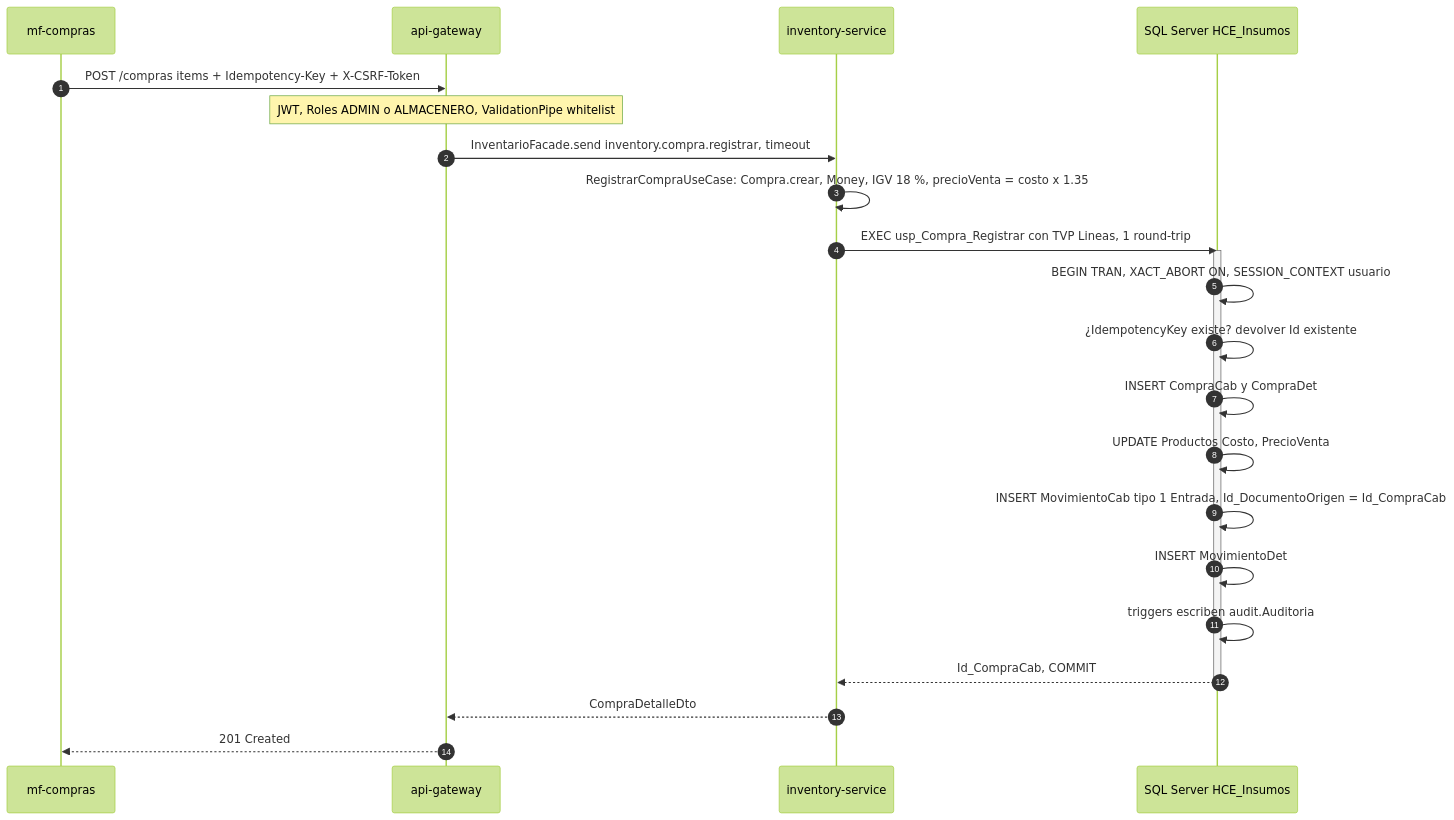
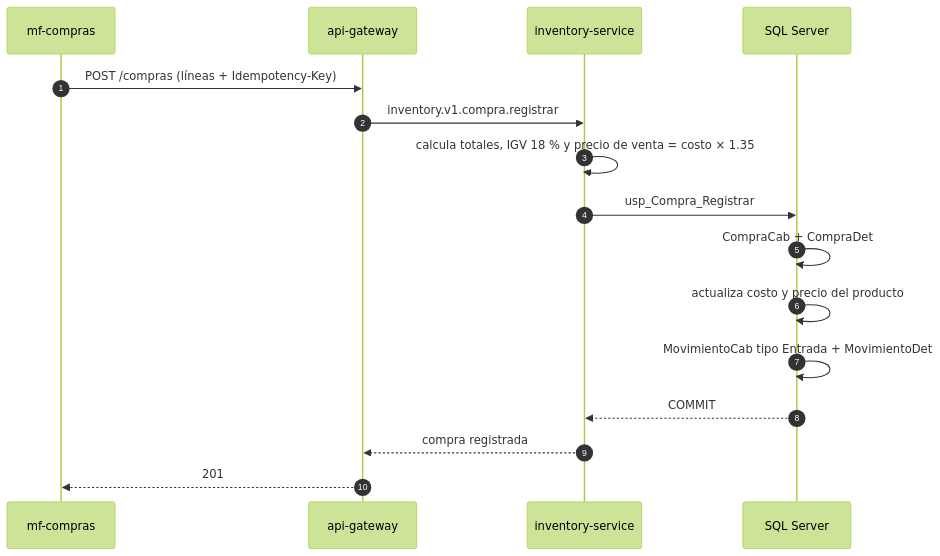
The sixth of 9 diagrams in docs/ARQUITECTURA.md (Hades0413/hce-insumos-platform), drawn with Mermaid (forest theme) before and after one commit. The commit also changed other lines of this file and 419 other files, not shown here.

````diff
--- a/docs/ARQUITECTURA.md
+++ b/docs/ARQUITECTURA.md
@@ -228,25 +418,18 @@
 ```mermaid
 sequenceDiagram
   autonumber
   participant F as mf-compras
   participant G as api-gateway
   participant I as inventory-service
-  participant D as SQL Server HCE_Insumos
-  F->>G: POST /compras items + Idempotency-Key + X-CSRF-Token
-  Note over G: JWT, Roles ADMIN o ALMACENERO, ValidationPipe whitelist
-  G->>I: InventarioFacade.send inventory.compra.registrar, timeout
-  I->>I: RegistrarCompraUseCase: Compra.crear, Money, IGV 18 %, precioVenta = costo x 1.35
-  I->>D: EXEC usp_Compra_Registrar con TVP Lineas, 1 round-trip
-  activate D
-  D->>D: BEGIN TRAN, XACT_ABORT ON, SESSION_CONTEXT usuario
-  D->>D: ¿IdempotencyKey existe? devolver Id existente
-  D->>D: INSERT CompraCab y CompraDet
-  D->>D: UPDATE Productos Costo, PrecioVenta
-  D->>D: INSERT MovimientoCab tipo 1 Entrada, Id_DocumentoOrigen = Id_CompraCab
-  D->>D: INSERT MovimientoDet
-  D->>D: triggers escriben audit.Auditoria
-  D-->>I: Id_CompraCab, COMMIT
-  deactivate D
-  I-->>G: CompraDetalleDto
-  G-->>F: 201 Created
+  participant D as SQL Server
+  F->>G: POST /compras (líneas + Idempotency-Key)
+  G->>I: inventory.v1.compra.registrar
+  I->>I: calcula totales, IGV 18 % y precio de venta = costo × 1.35
+  I->>D: usp_Compra_Registrar
+  D->>D: CompraCab + CompraDet
+  D->>D: actualiza costo y precio del producto
+  D->>D: MovimientoCab tipo Entrada + MovimientoDet
+  D-->>I: COMMIT
+  I-->>G: compra registrada
+  G-->>F: 201
 ```
````
